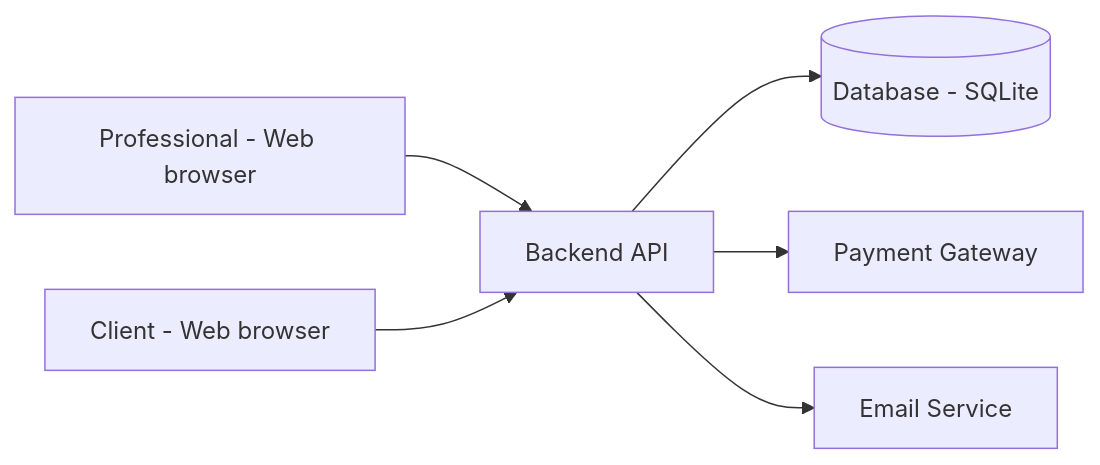
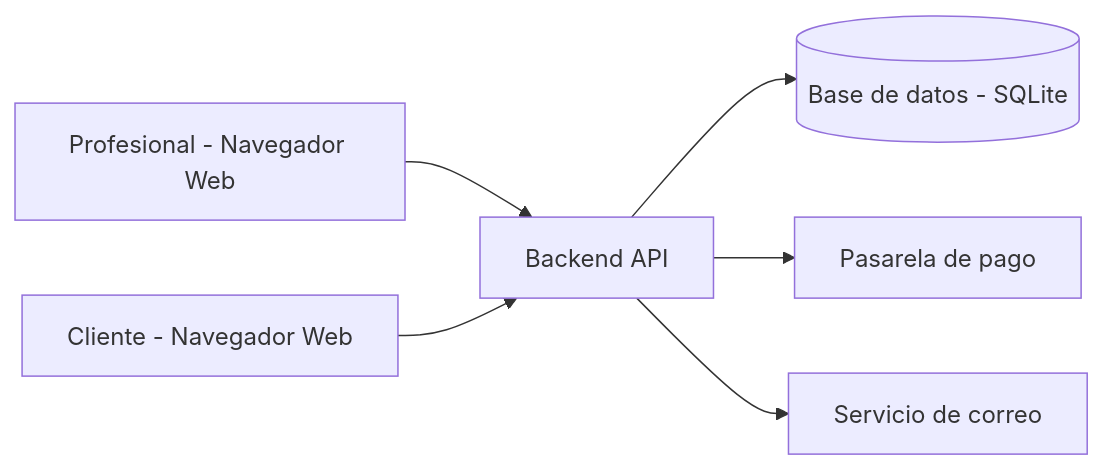
The diagram in entregas/PI_E1/es/arquitectura.md (nerineaoi/tfg-plataforma-citas-docs), drawn with Mermaid before and after one commit.

Commit message:
Translate diagram labels to Spanish

````diff
--- a/entregas/PI_E1/es/arquitectura.md
+++ b/entregas/PI_E1/es/arquitectura.md
@@ -74,8 +74,8 @@
 ```mermaid
 flowchart LR
-    P[Professional - Web browser] --> API[Backend API]
-    C[Client - Web browser] --> API
-    API --> DB[(Database - SQLite)]
-    API --> PAY[Payment Gateway]
-    API --> MAIL[Email Service]
+    P[Profesional - Navegador Web] --> API[Backend API]
+    C[Cliente - Navegador Web] --> API
+    API --> DB[(Base de datos - SQLite)]
+    API --> PAY[Pasarela de pago]
+    API --> MAIL[Servicio de correo]
 ```
````
